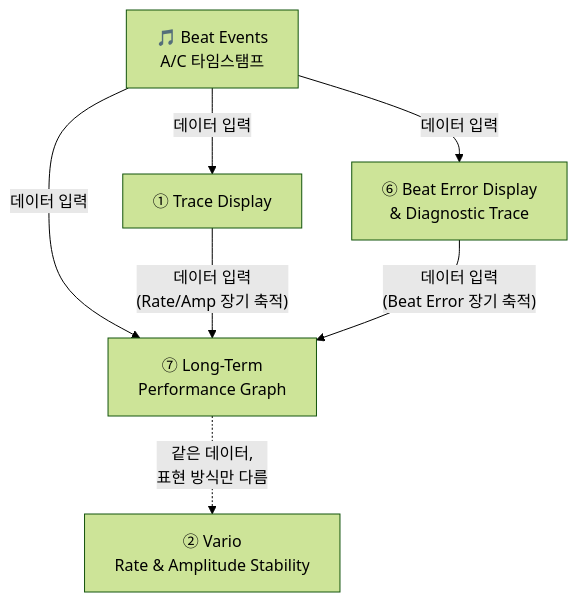
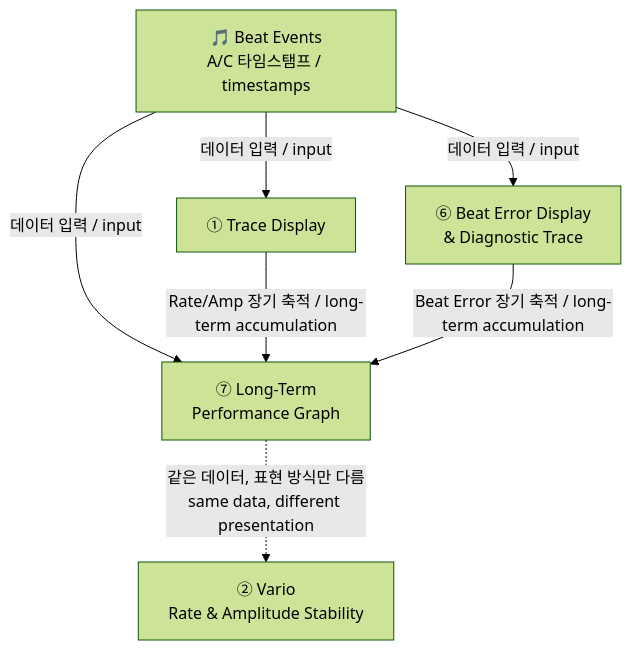
One commit to Ji-Min-Lee/2026-3-sw-architect-studio-project changed the third of 3 diagrams in docs/week1/kickoff-workshop/graph-analysis.md. Above: the diagram before and after it, drawn with Mermaid (forest theme). The commit also changed other lines of this file and 4 other files, not shown here.

````diff
--- a/docs/week1/kickoff-workshop/graph-analysis.md
+++ b/docs/week1/kickoff-workshop/graph-analysis.md
@@ -514,13 +591,13 @@
 ```mermaid
 graph TD
-    RAW["🎵 Beat Events\nA/C 타임스탬프"]
+    RAW["🎵 Beat Events\nA/C 타임스탬프 / timestamps"]
 
-    RAW -->|"데이터 입력"| TRC["① Trace Display"]
-    RAW -->|"데이터 입력"| BED["⑥ Beat Error Display\n& Diagnostic Trace"]
-    RAW -->|"데이터 입력"| LTP["⑦ Long-Term\nPerformance Graph"]
+    RAW -->|"데이터 입력 / input"| TRC["① Trace Display"]
+    RAW -->|"데이터 입력 / input"| BED["⑥ Beat Error Display\n& Diagnostic Trace"]
+    RAW -->|"데이터 입력 / input"| LTP["⑦ Long-Term\nPerformance Graph"]
 
-    TRC -->|"데이터 입력\n(Rate/Amp 장기 축적)"| LTP
-    BED -->|"데이터 입력\n(Beat Error 장기 축적)"| LTP
+    TRC -->|"Rate/Amp 장기 축적 / long-term accumulation"| LTP
+    BED -->|"Beat Error 장기 축적 / long-term accumulation"| LTP
 
-    LTP -. "같은 데이터,\n표현 방식만 다름" .-> VAR["② Vario\nRate & Amplitude Stability"]
+    LTP -. "같은 데이터, 표현 방식만 다름\nsame data, different presentation" .-> VAR["② Vario\nRate & Amplitude Stability"]
 ```
````
